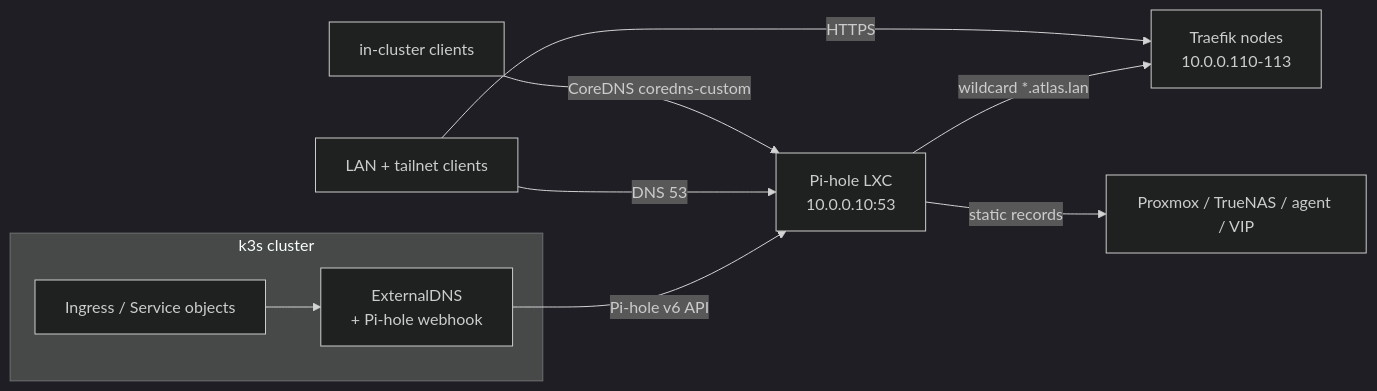
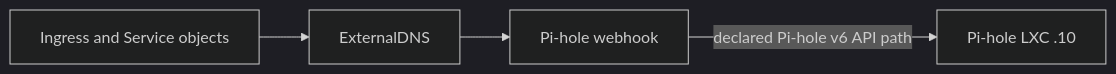
One commit to 211lab/atlas changed the first of 3 diagrams in docs/atlas-dns.md. Above: the diagram before and after it, drawn with Mermaid (dark theme). The commit also changed other lines of this file and 25 other files, not shown here.

````diff
--- a/docs/atlas-dns.md
+++ b/docs/atlas-dns.md
@@ -18,14 +24,6 @@
 ```mermaid
 flowchart LR
-    subgraph Cluster[k3s cluster]
-        Ing[Ingress / Service objects] --> ED[ExternalDNS<br/>+ Pi-hole webhook]
-    end
-
-    ED -->|Pi-hole v6 API| PH[Pi-hole LXC<br/>10.0.0.10:53]
-    PH -->|wildcard *.atlas.lan| Tr[Traefik nodes<br/>10.0.0.110-113]
-    PH -->|static records| Hosts[Proxmox / TrueNAS / agent / VIP]
-
-    Client[LAN + tailnet clients] -->|DNS 53| PH
-    Client -->|HTTPS| Tr
-    Kube[in-cluster clients] -->|CoreDNS coredns-custom| PH
+    Ing[Ingress and Service objects] --> ED[ExternalDNS]
+    ED --> W[Pi-hole webhook]
+    W -->|declared Pi-hole v6 API path| PH[Pi-hole LXC .10]
 ```
````
